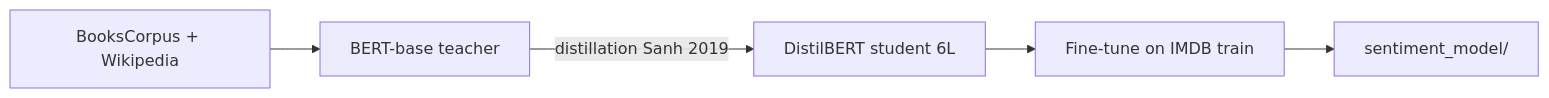
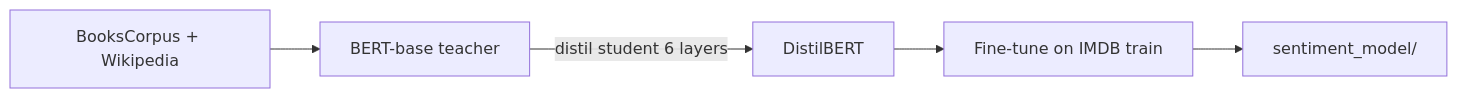
Diagram 28 of 33 in README.md (TheHien04/Movie-Review-Sentiment-Analysis), drawn with Mermaid before and after one commit. The commit also changed other lines of this file and 3 other files, not shown here.

````diff
--- a/README.md
+++ b/README.md
@@ -922,7 +954,7 @@
 ```mermaid
 flowchart LR
     Pre["BooksCorpus + Wikipedia"] --> BERT["BERT-base teacher"]
-    BERT -->|"distillation Sanh 2019"| Distil["DistilBERT student 6L"]
+    BERT -->|"distil student 6 layers"| Distil["DistilBERT"]
     Distil --> FT["Fine-tune on IMDB train"]
     FT --> W["sentiment_model/"]
 ```
````
